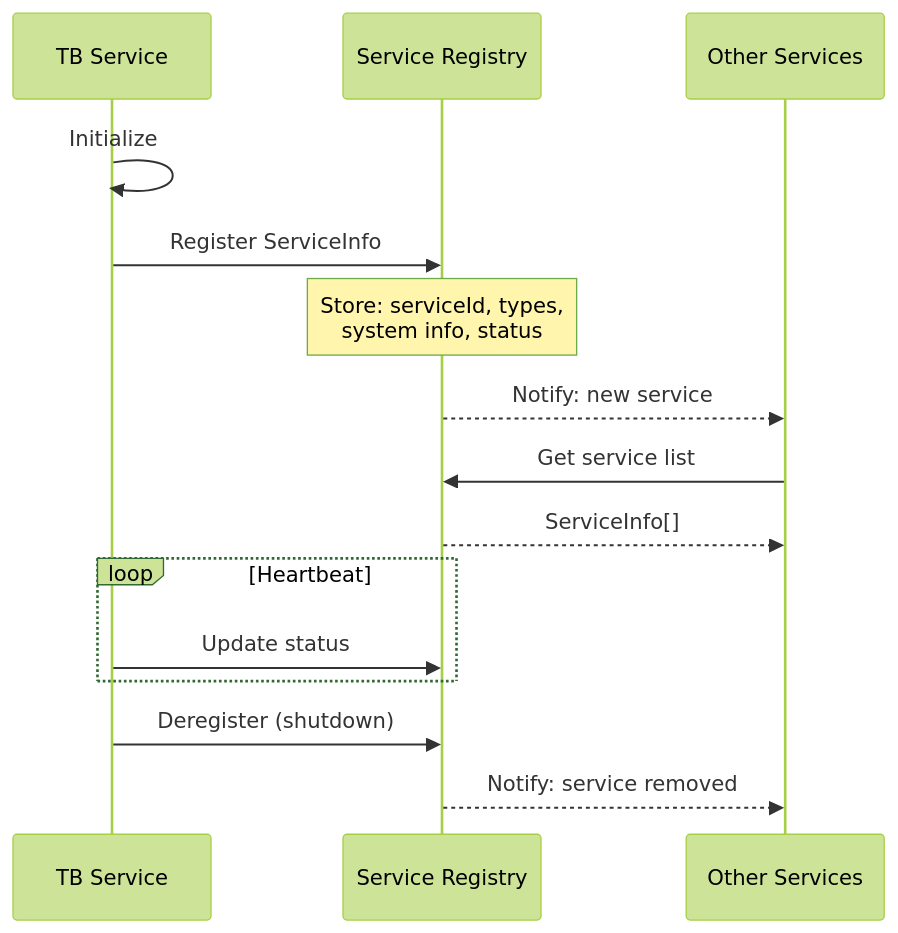
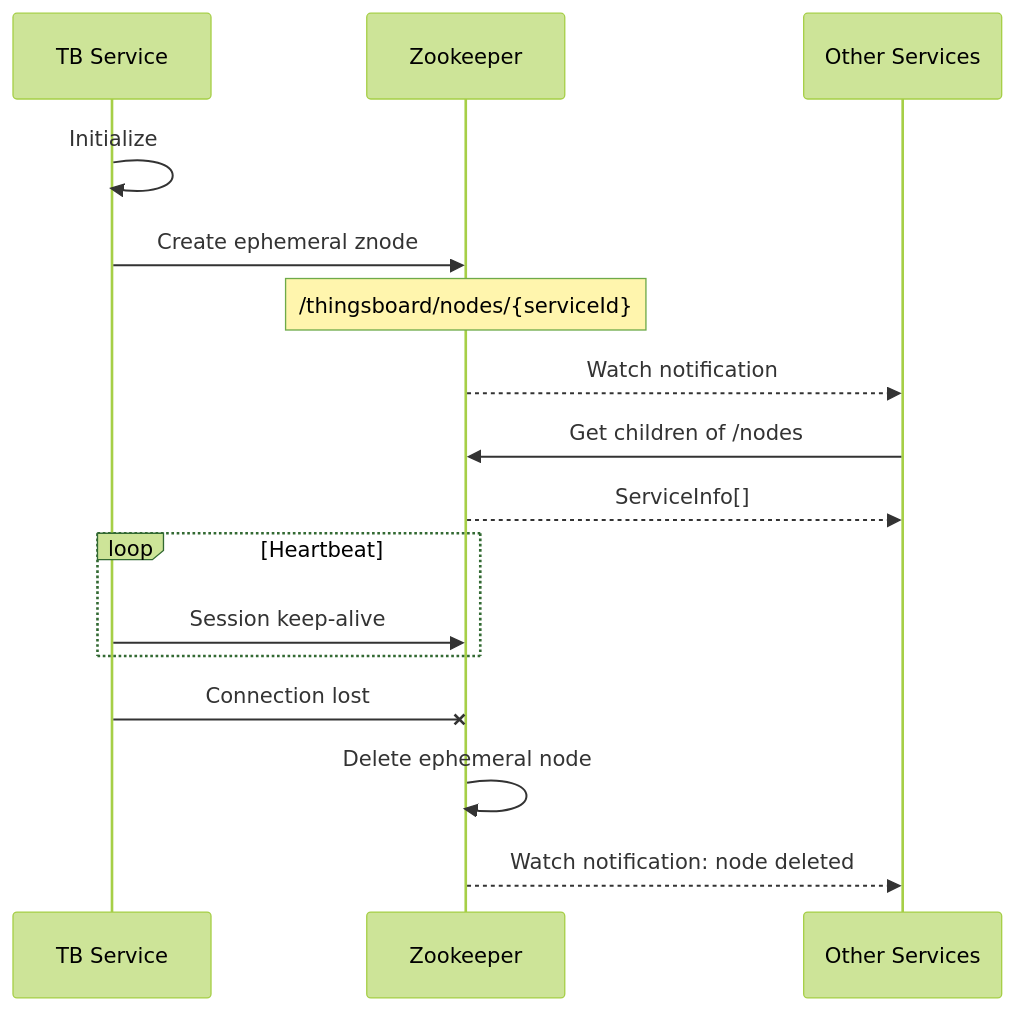
Before and after one commit to vx-daniel/claude-tb-docs: diagram 11 of 16 in 11-microservices/README.md, drawn with Mermaid (forest theme). The commit also changed other lines of this file and 10 other files, not shown here.

````diff
--- a/11-microservices/README.md
+++ b/11-microservices/README.md
@@ -508,21 +516,22 @@
 ```mermaid
 sequenceDiagram
     participant Service as TB Service
-    participant ZK as Service Registry
+    participant ZK as Zookeeper
     participant Other as Other Services
 
     Service->>Service: Initialize
-    Service->>ZK: Register ServiceInfo
-    Note over ZK: Store: serviceId, types,<br/>system info, status
+    Service->>ZK: Create ephemeral znode
+    Note over ZK: /thingsboard/nodes/{serviceId}
 
-    ZK-->>Other: Notify: new service
-    Other->>ZK: Get service list
+    ZK-->>Other: Watch notification
+    Other->>ZK: Get children of /nodes
     ZK-->>Other: ServiceInfo[]
 
     loop Heartbeat
-        Service->>ZK: Update status
+        Service->>ZK: Session keep-alive
     end
 
-    Service->>ZK: Deregister (shutdown)
-    ZK-->>Other: Notify: service removed
+    Service-xZK: Connection lost
+    ZK->>ZK: Delete ephemeral node
+    ZK-->>Other: Watch notification: node deleted
 ```
````
